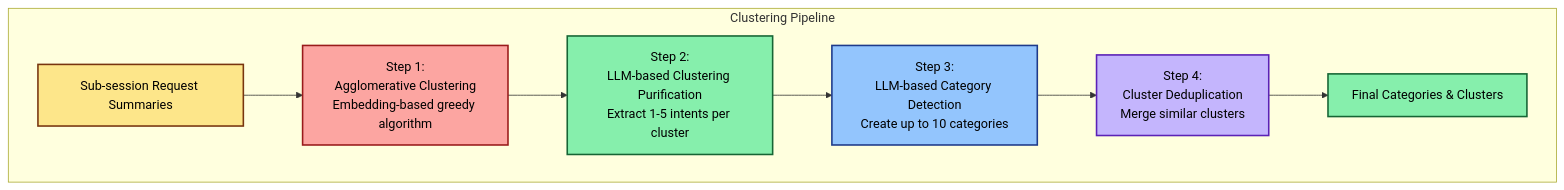
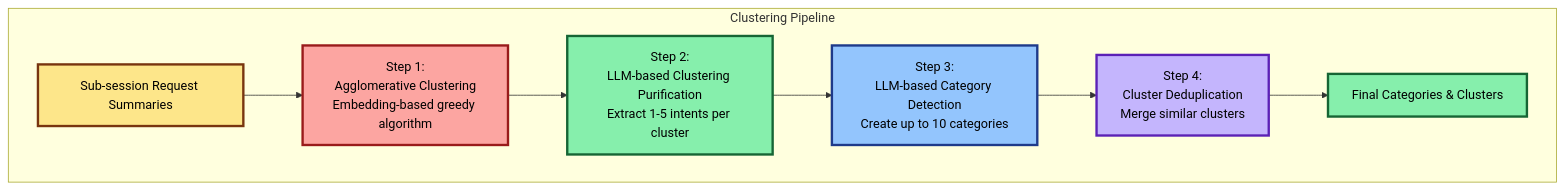
Before and after one commit to arupsarkar-sfdc/Misc: the fourth of 4 diagrams in agentforce/observability/README_Agentforce_Observability_Pipeline_Implementation.md, drawn with Mermaid. The commit also changed other lines of this file, not shown here.

Commit message:
Updated the color scheme of diagrams

````diff
--- a/agentforce/observability/README_Agentforce_Observability_Pipeline_Implementation.md
+++ b/agentforce/observability/README_Agentforce_Observability_Pipeline_Implementation.md
@@ -843,29 +866,29 @@
 ```mermaid
 graph TB
     subgraph "Clustering Pipeline"
         INPUT[Sub-session Request Summaries]
         
         STEP1[Step 1:<br/>Agglomerative Clustering<br/>Embedding-based greedy algorithm]
         
         STEP2[Step 2:<br/>LLM-based Clustering Purification<br/>Extract 1-5 intents per cluster]
         
         STEP3[Step 3:<br/>LLM-based Category Detection<br/>Create up to 10 categories]
         
         STEP4[Step 4:<br/>Cluster Deduplication<br/>Merge similar clusters]
         
         OUTPUT[Final Categories & Clusters]
     end
     
     INPUT --> STEP1
     STEP1 --> STEP2
     STEP2 --> STEP3
     STEP3 --> STEP4
     STEP4 --> OUTPUT
     
-    style INPUT fill:#fde68a,stroke:#78350f,stroke-width:2px,color:#000
-    style STEP1 fill:#fca5a1,stroke:#991b1b,stroke-width:2px,color:#000
-    style STEP2 fill:#86efac,stroke:#166534,stroke-width:2px,color:#000
-    style STEP3 fill:#93c5fd,stroke:#1e3a8a,stroke-width:2px,color:#000
-    style STEP4 fill:#c4b5fd,stroke:#5b21b6,stroke-width:2px,color:#000
-    style OUTPUT fill:#86efac,stroke:#166534,stroke-width:2px,color:#000
+    style INPUT fill:#fde68a,stroke:#78350f,stroke-width:3px,color:#000
+    style STEP1 fill:#fca5a1,stroke:#991b1b,stroke-width:3px,color:#000
+    style STEP2 fill:#86efac,stroke:#166534,stroke-width:3px,color:#000
+    style STEP3 fill:#93c5fd,stroke:#1e3a8a,stroke-width:3px,color:#000
+    style STEP4 fill:#c4b5fd,stroke:#5b21b6,stroke-width:3px,color:#000
+    style OUTPUT fill:#86efac,stroke:#166534,stroke-width:3px,color:#000
 ```
````
